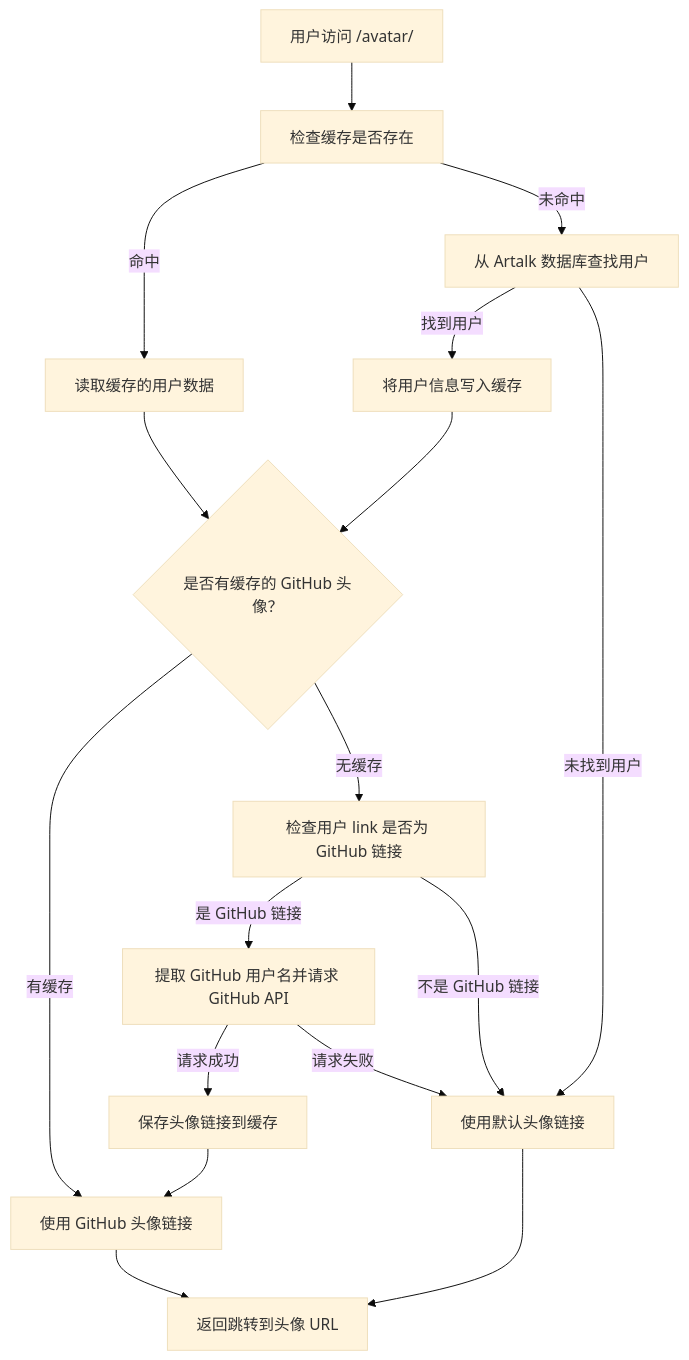
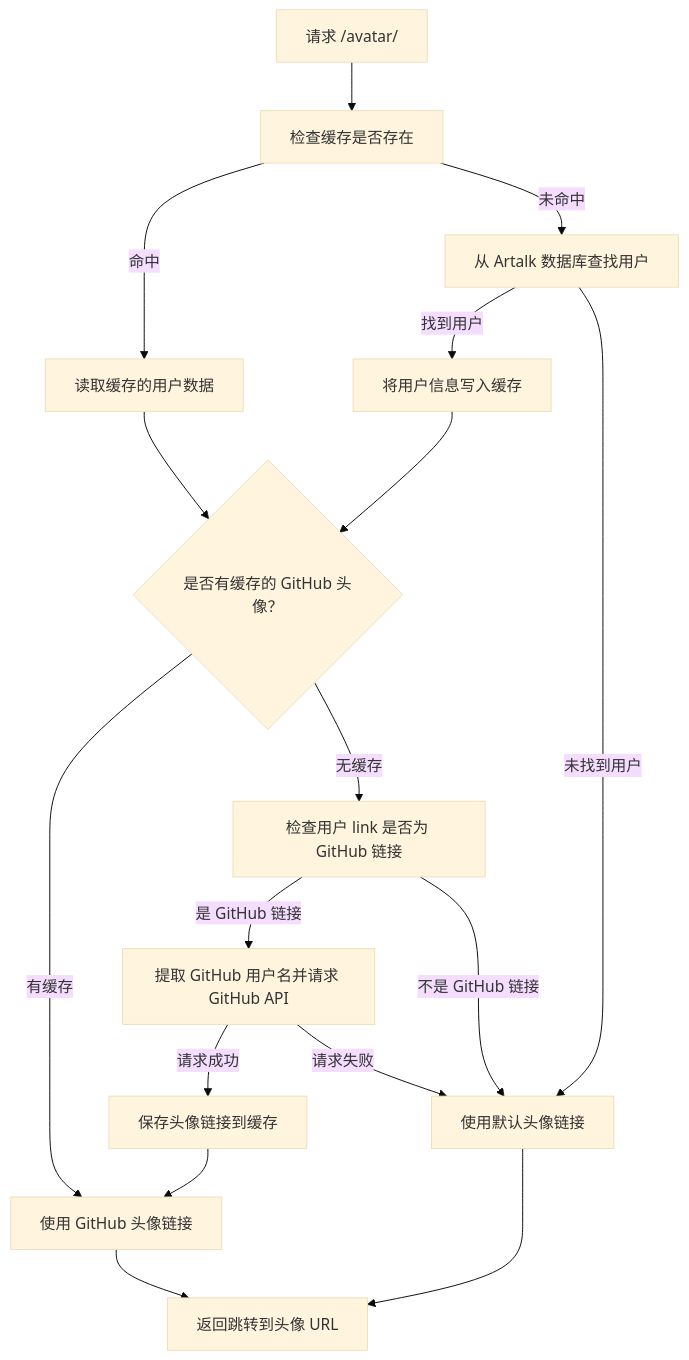
Before and after one commit to huangsam04/ns-wiki: the diagram in PrivacyPolicy.md, drawn with Mermaid (base theme). The commit also changed other lines of this file, not shown here.

````diff
--- a/PrivacyPolicy.md
+++ b/PrivacyPolicy.md
@@ -40,25 +44,25 @@
 ```mermaid
 graph TD
-    A["用户访问 /avatar/<digest>"] --> B["检查缓存是否存在"]
+    A["请求 /avatar/<digest>"] --> B["检查缓存是否存在"]
 
     B -->|"命中"| C["读取缓存的用户数据"]
     C --> D{"是否有缓存的 GitHub 头像？"}
     D -->|"有缓存"| E["使用 GitHub 头像链接"]
     D -->|"无缓存"| F["检查用户 link 是否为 GitHub 链接"]
 
     F -->|"是 GitHub 链接"| G["提取 GitHub 用户名并请求 GitHub API"]
     F -->|"不是 GitHub 链接"| H["使用默认头像链接"]
 
     G -->|"请求成功"| I["保存头像链接到缓存"]
     G -->|"请求失败"| H
 
     I --> E
     H --> L["准备跳转链接"]
 
     B -->|"未命中"| J["从 Artalk 数据库查找用户"]
     J -->|"找到用户"| K["将用户信息写入缓存"]
     J -->|"未找到用户"| H
 
     K --> D
     E --> L["返回跳转到头像 URL"]
 ```
````
